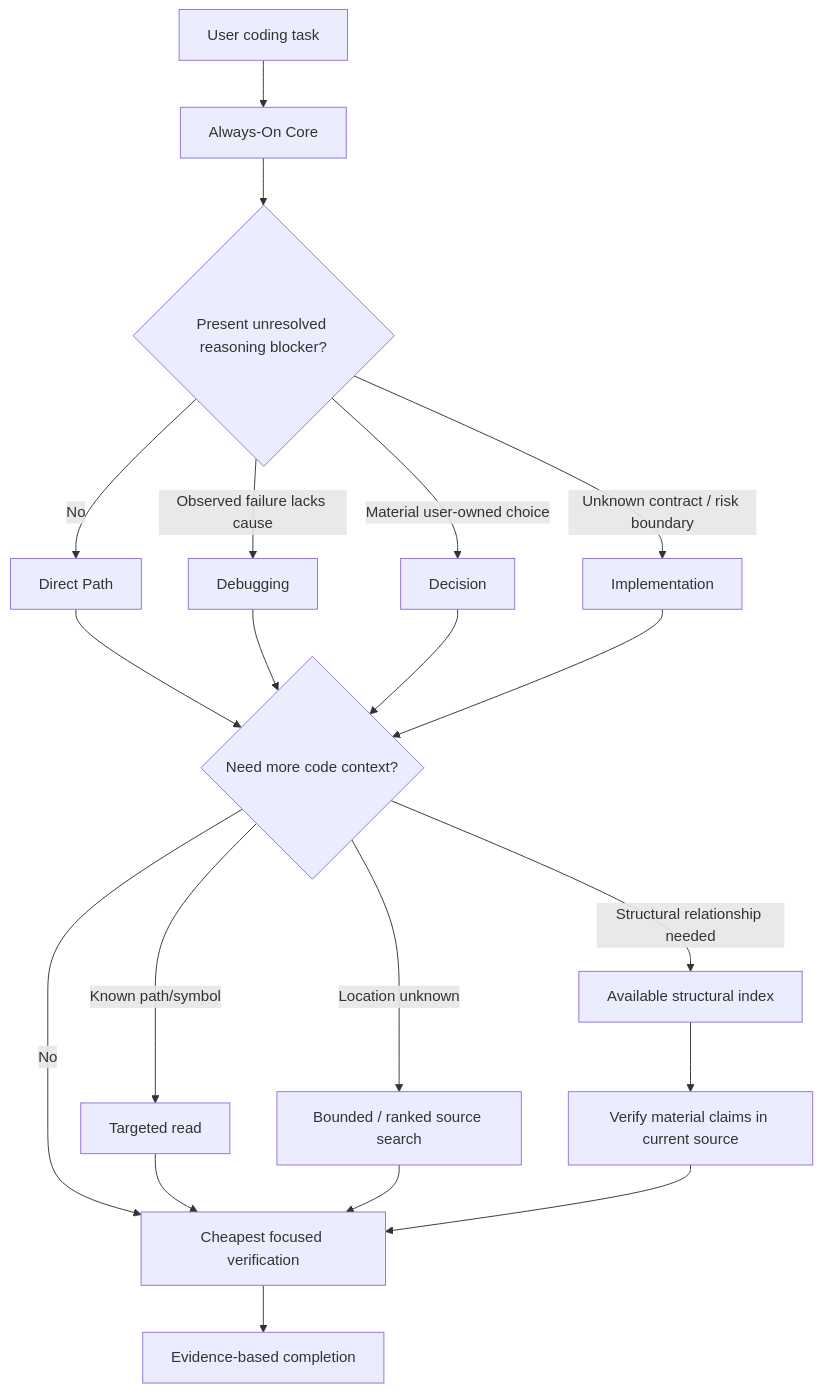
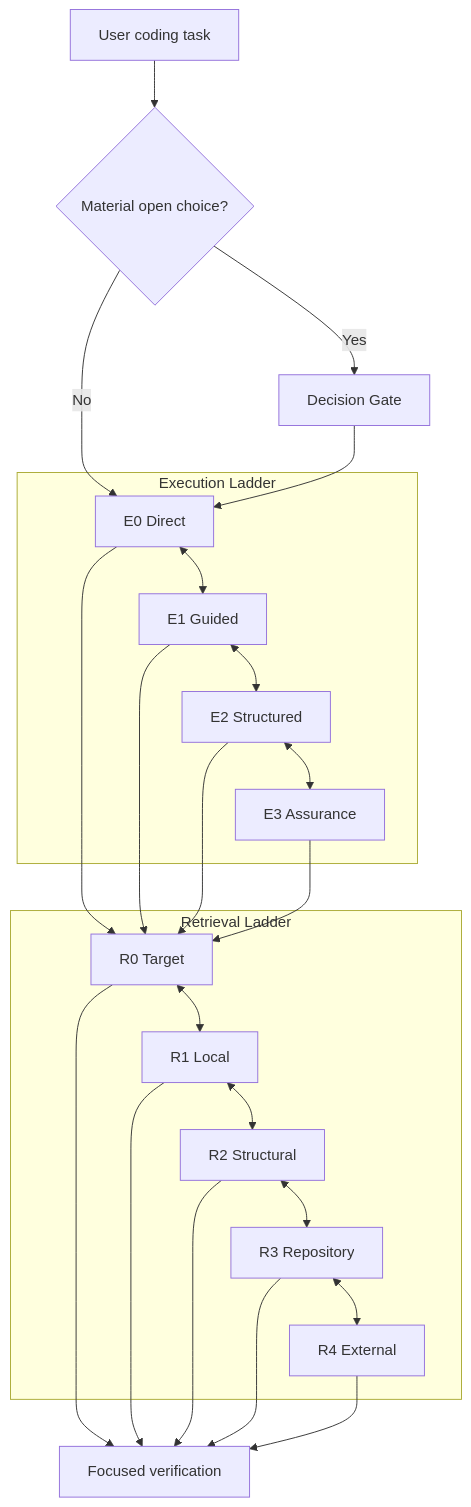
The diagram in README.md (Hubujiu/practical-coding), drawn with Mermaid before and after one commit. The commit also changed other lines of this file and 18 other files, not shown here.

Commit message:
experiment: explore progressive execution and retrieval ladders

````diff
--- a/README.md
+++ b/README.md
@@ -50,25 +17,30 @@
 ```mermaid
 flowchart TB
-    T[User coding task] --> C[Always-On Core]
-    C --> E{Present unresolved reasoning blocker?}
-    E -->|No| D[Direct Path]
-    E -->|Observed failure lacks cause| G[Debugging]
-    E -->|Material user-owned choice| A[Decision]
-    E -->|Unknown contract / risk boundary| I[Implementation]
+    T[User coding task] --> D{Material open choice?}
+    D -->|Yes| Q[Decision Gate]
+    D -->|No| E0
+    Q --> E0
 
-    D --> R{Need more code context?}
-    G --> R
-    A --> R
-    I --> R
+    subgraph E[Execution Ladder]
+      E0[E0 Direct] <--> E1[E1 Guided]
+      E1 <--> E2[E2 Structured]
+      E2 <--> E3[E3 Assurance]
+    end
 
-    R -->|No| V[Cheapest focused verification]
-    R -->|Known path/symbol| K[Targeted read]
-    R -->|Location unknown| S[Bounded / ranked source search]
-    R -->|Structural relationship needed| X[Available structural index]
+    subgraph R[Retrieval Ladder]
+      R0[R0 Target] <--> R1[R1 Local]
+      R1 <--> R2[R2 Structural]
+      R2 <--> R3[R3 Repository]
+      R3 <--> R4[R4 External]
+    end
 
-    K --> V
-    S --> V
-    X --> Q[Verify material claims in current source]
-    Q --> V
-    V --> O[Evidence-based completion]
+    E0 --> R0
+    E1 --> R0
+    E2 --> R0
+    E3 --> R0
+    R0 --> V[Focused verification]
+    R1 --> V
+    R2 --> V
+    R3 --> V
+    R4 --> V
 ```
````
